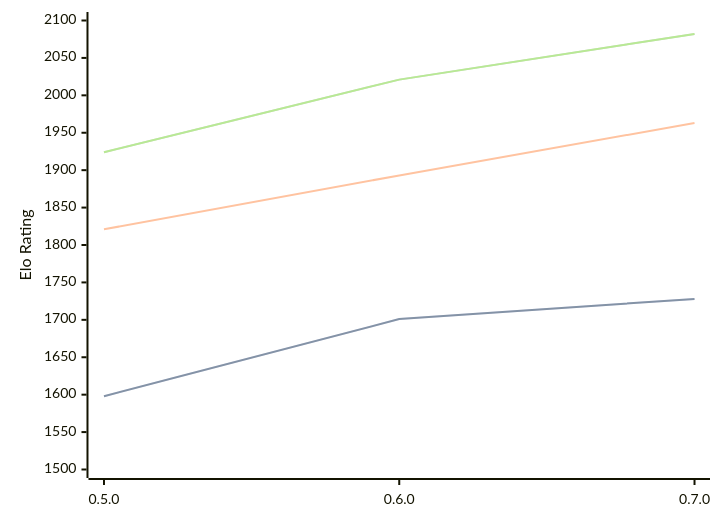
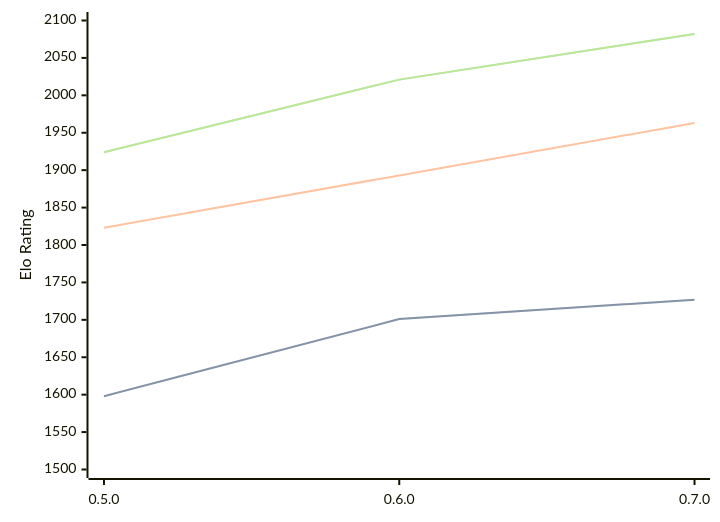
Before and after one commit to computer-chess-index/cci: the diagram in engines/Chess-rs.md, drawn with Mermaid. The commit also changed other lines of this file, not shown here.

````diff
--- a/engines/Chess-rs.md
+++ b/engines/Chess-rs.md
@@ -41,11 +41,11 @@
 ```mermaid
 %%{init: {"theme":"base","themeVariables":{"seriesColors:['#a3a3a3','#222221','#faa371']}}}%%
 xychart-beta
   x-axis ["0.5.0", "0.6.0", "0.7.0"]
   y-axis "Elo Rating" 1500 --> 2100
-  line "STC (8.0+0.08s)" [1598, 1701, 1728]
-  line "STC (8.0+0.08s)" [1598, 1701, 1728]
-  line "LTC (60.0+0.60s)" [1821, 1893, 1963]
+  line "STC (8.0+0.08s)" [1598, 1701, 1727]
+  line "STC (8.0+0.08s)" [1598, 1701, 1727]
+  line "LTC (60.0+0.60s)" [1823, 1893, 1963]
   line "VLTC (2m24s+1.12s)" [1924, 2021, 2082]
   line "VLTC (2m24s+1.12s)" [1924, 2021, 2082]
 ```
````
